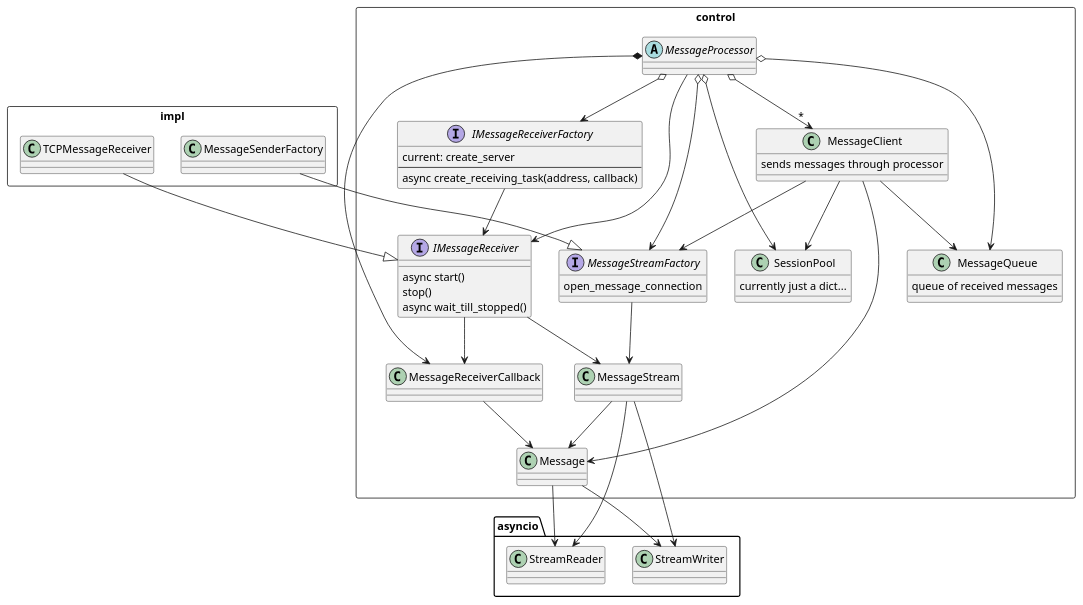
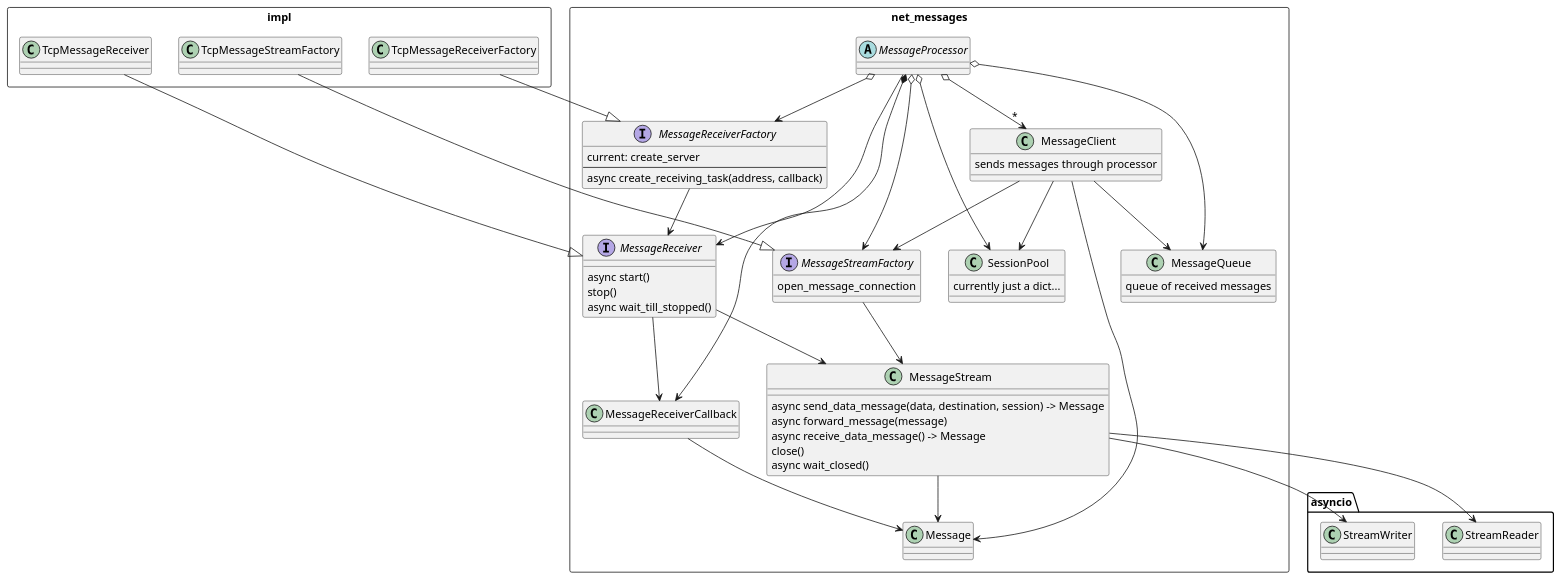
The diagram in docs/source/diagrams/messages.puml (pedohorse/lifeblood), drawn with PlantUML before and after one commit. The commit also changed 2 other files, not shown here.

Commit message:
moved anything asyncio.Stream related away from Message, updated diagram

```diff
--- a/docs/source/diagrams/messages.puml
+++ b/docs/source/diagrams/messages.puml
@@ -1,78 +1,83 @@
 @startuml
 
 
 
-rectangle control{
+rectangle "net_messages"{
   'class MessageData << (D,lightblue) >>
   class MessageClient{
     sends messages through processor
   }
 
 
-  class MessageStream
-  interface IMessageReceiver{
+  class MessageStream{
+    async send_data_message(data, destination, session) -> Message
+    async forward_message(message)
+    async receive_data_message() -> Message
+    close()
+    async wait_closed()
+  }
+  interface MessageReceiver{
     async start()
     stop()
     async wait_till_stopped()
   }
   class MessageReceiverCallback
   abstract MessageProcessor
   
   'interface IMessage
   class Message
 
   class SessionPool{
     currently just a dict...
   }
   class MessageQueue{
     queue of received messages
   }
 
   interface MessageStreamFactory{
     open_message_connection
   }
-  interface IMessageReceiverFactory{
+  interface MessageReceiverFactory{
     current: create_server
     --
     async create_receiving_task(address, callback)
   }
 }
 
 'Message --|> IMessage
-Message --> asyncio.StreamReader
-Message --> asyncio.StreamWriter
 
 MessageClient --> Message
 MessageClient --> MessageStreamFactory
 MessageClient --> SessionPool
 MessageClient --> MessageQueue
 'MessageClient --> MessageData
 
-MessageProcessor o--> IMessageReceiverFactory
+MessageProcessor o--> MessageReceiverFactory
 MessageProcessor o--> MessageStreamFactory
 MessageProcessor o--> SessionPool
 MessageProcessor o--> MessageQueue
 MessageProcessor o--> "*" MessageClient
-MessageProcessor --> IMessageReceiver
+MessageProcessor --> MessageReceiver
 MessageProcessor *--> MessageReceiverCallback
 
 MessageReceiverCallback --> Message
 
-IMessageReceiverFactory --> IMessageReceiver
+MessageReceiverFactory --> MessageReceiver
 
-IMessageReceiver --> MessageReceiverCallback
-IMessageReceiver --> MessageStream
+MessageReceiver --> MessageReceiverCallback
+MessageReceiver --> MessageStream
 
 MessageStreamFactory --> MessageStream
 
 MessageStream --> Message
 MessageStream --> asyncio.StreamReader
 MessageStream --> asyncio.StreamWriter
 
 rectangle impl {
-  'TCPMessageSender --|> MessageStream
-  TCPMessageReceiver --|> IMessageReceiver
-  MessageSenderFactory --|> MessageStreamFactory
+  'TcpMessageSender --|> MessageStream
+  TcpMessageReceiver --|> MessageReceiver
+  TcpMessageStreamFactory --|> MessageStreamFactory
+  TcpMessageReceiverFactory --|> MessageReceiverFactory
 }
 
 @enduml
```
